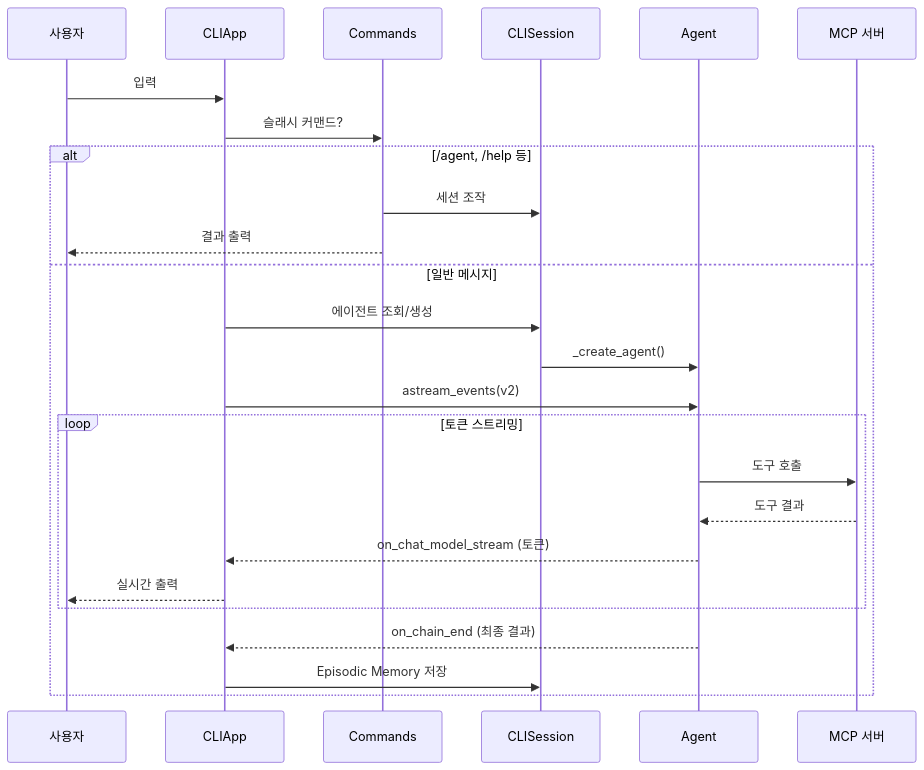
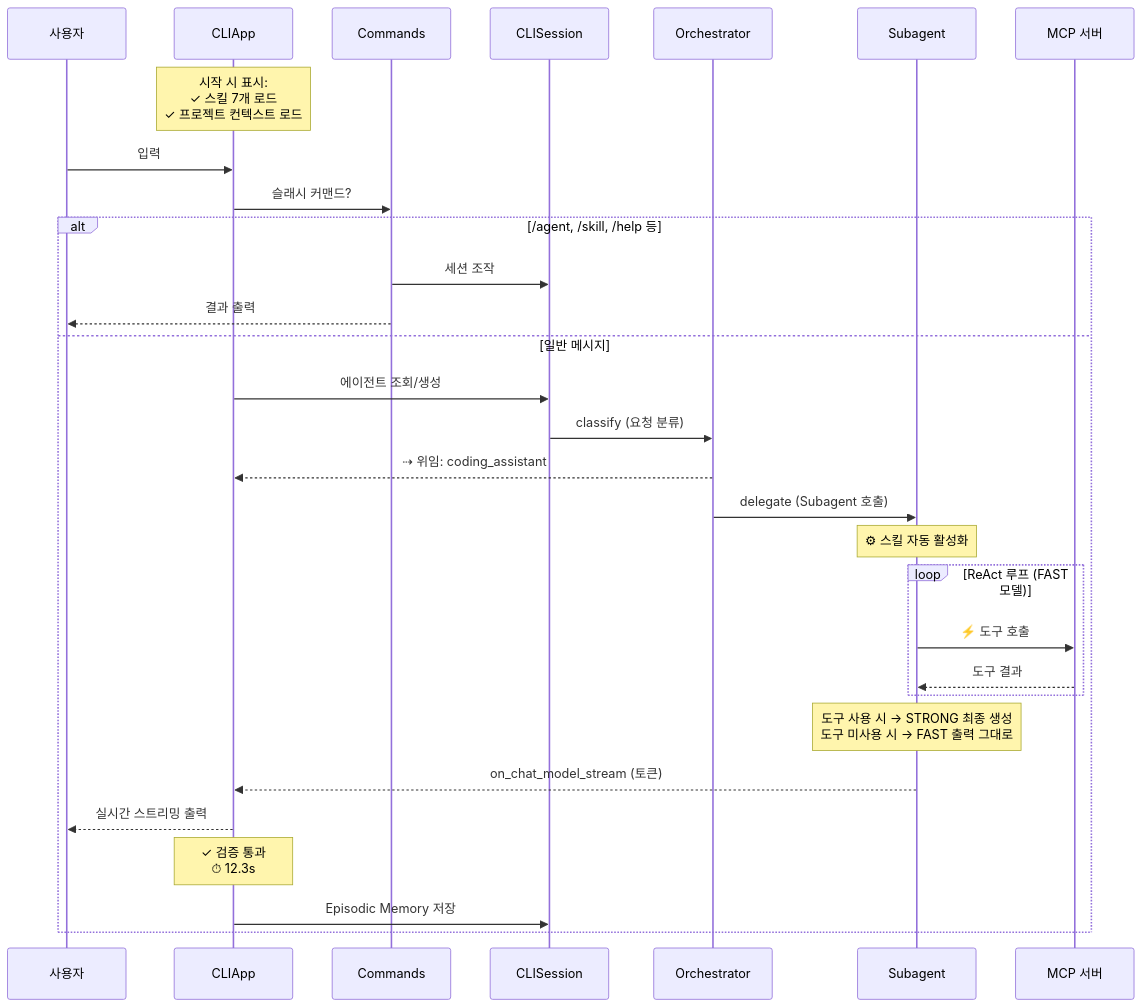
Before and after one commit to youngs75/youngs75_coding_ai_agent: diagram 14 of 16 in docs/ARCHITECTURE.md, drawn with Mermaid. The commit also changed other lines of this file and 15 other files, not shown here.

First line of the commit message:
feat: Phase 15 — 2단계 파이프라인/스킬 자동 활성화/Orchestrator 기본화/문서 업데이트

````diff
--- a/docs/ARCHITECTURE.md
+++ b/docs/ARCHITECTURE.md
@@ -436,28 +490,40 @@
 ```mermaid
 sequenceDiagram
     participant U as 사용자
     participant CLI as CLIApp
     participant CMD as Commands
     participant S as CLISession
-    participant A as Agent
+    participant ORC as Orchestrator
+    participant A as Subagent
     participant MCP as MCP 서버
+
+    Note over CLI: 시작 시 표시:<br/>✓ 스킬 7개 로드<br/>✓ 프로젝트 컨텍스트 로드
 
     U->>CLI: 입력
     CLI->>CMD: 슬래시 커맨드?
-    alt /agent, /help 등
+    alt /agent, /skill, /help 등
         CMD->>S: 세션 조작
         CMD-->>U: 결과 출력
     else 일반 메시지
         CLI->>S: 에이전트 조회/생성
-        S->>A: _create_agent()
-        CLI->>A: astream_events(v2)
-        loop 토큰 스트리밍
-            A->>MCP: 도구 호출
+        S->>ORC: classify (요청 분류)
+        ORC-->>CLI: ⇢ 위임: coding_assistant
+        ORC->>A: delegate (Subagent 호출)
+        
+        Note over A: ⚙ 스킬 자동 활성화
+        
+        loop ReAct 루프 (FAST 모델)
+            A->>MCP: ⚡ 도구 호출
             MCP-->>A: 도구 결과
-            A-->>CLI: on_chat_model_stream (토큰)
-            CLI-->>U: 실시간 출력
         end
-        A-->>CLI: on_chain_end (최종 결과)
+        
+        Note over A: 도구 사용 시 → STRONG 최종 생성<br/>도구 미사용 시 → FAST 출력 그대로
+
+        A-->>CLI: on_chat_model_stream (토큰)
+        CLI-->>U: 실시간 스트리밍 출력
+        
+        Note over CLI: ✓ 검증 통과<br/>⏱ 12.3s
+        
         CLI->>S: Episodic Memory 저장
     end
 ```
````
